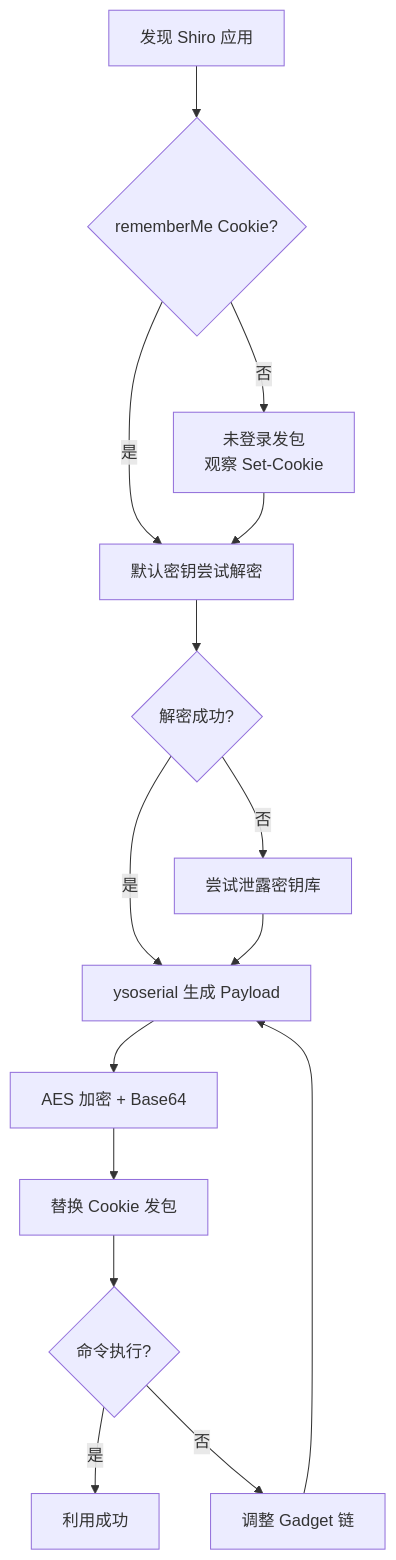
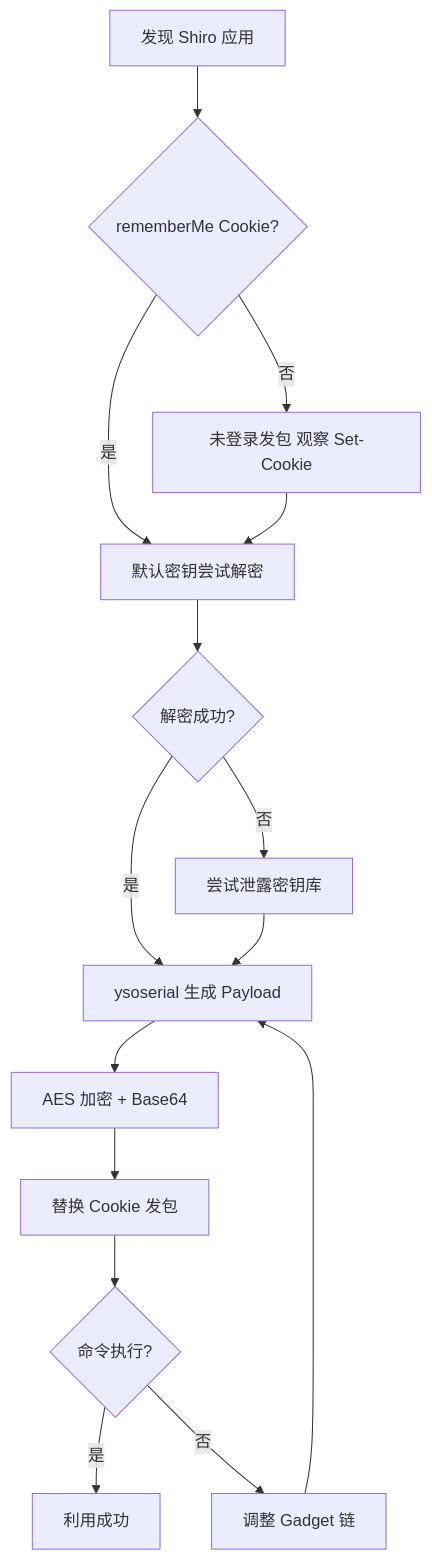
The diagram in source/_posts/Deserialization-shiro-deep.md (congliang/congliang.github.io), drawn with Mermaid before and after one commit. The commit also changed other lines of this file and 139 other files, not shown here.

````diff
--- a/source/_posts/Deserialization-shiro-deep.md
+++ b/source/_posts/Deserialization-shiro-deep.md
@@ -69,17 +70,17 @@
 ```mermaid
 flowchart TD
     A[发现 Shiro 应用] --> B{rememberMe Cookie?}
     B -->|是| C[默认密钥尝试解密]
-    B -->|否| D[未登录发包<br/>观察 Set-Cookie]
+    B -->|否| D[未登录发包 观察 Set-Cookie]
     D --> C
     C --> E{解密成功?}
     E -->|是| F[ysoserial 生成 Payload]
     E -->|否| G[尝试泄露密钥库]
     G --> F
     F --> H[AES 加密 + Base64]
     H --> I[替换 Cookie 发包]
     I --> J{命令执行?}
     J -->|是| K[利用成功]
     J -->|否| L[调整 Gadget 链]
     L --> F
 ```
````
